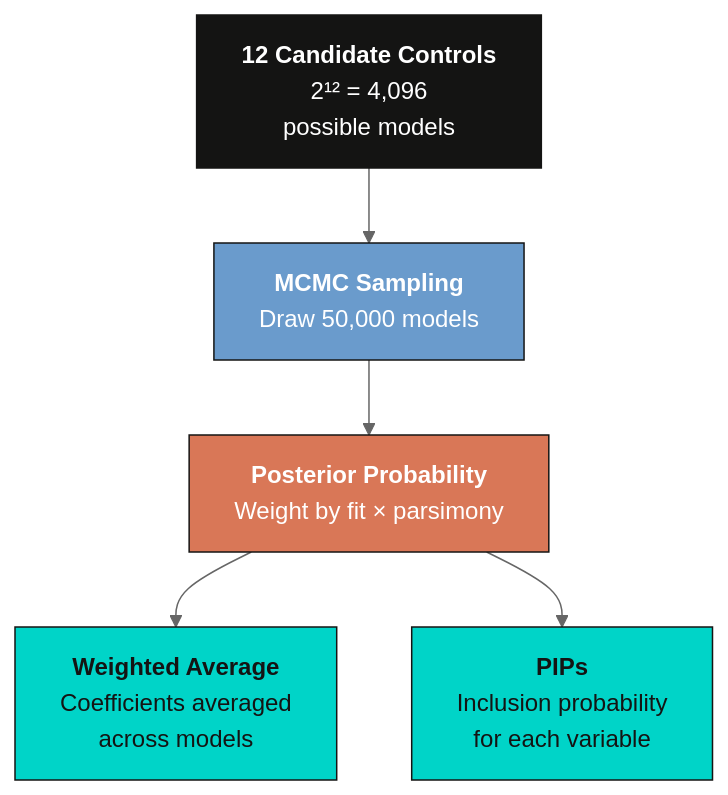
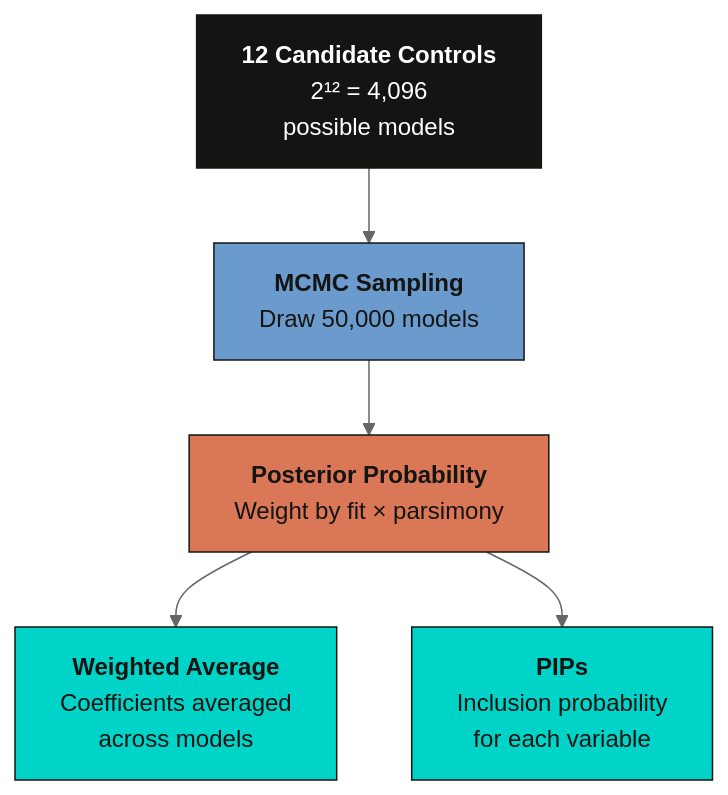
The third of 4 diagrams in content/post/stata_bma_dsl/index.md (cmg777/starter-academic-v501), drawn with Mermaid (neutral theme) before and after one commit. The commit also changed other lines of this file and 67 other files, not shown here.

First line of the commit message:
fix(mermaid): readable diagram text in both themes across the site

````diff
--- a/content/post/stata_bma_dsl/index.md
+++ b/content/post/stata_bma_dsl/index.md
@@ -509,13 +509,13 @@
 ```mermaid
 graph TD
     Start["<b>12 Candidate Controls</b><br/>2¹² = 4,096<br/>possible models"] --> MCMC["<b>MCMC Sampling</b><br/>Draw 50,000 models"]
     MCMC --> Post["<b>Posterior Probability</b><br/>Weight by fit × parsimony"]
     Post --> Avg["<b>Weighted Average</b><br/>Coefficients averaged<br/>across models"]
     Post --> PIP["<b>PIPs</b><br/>Inclusion probability<br/>for each variable"]
 
     style Start fill:#141413,stroke:#141413,color:#fff
-    style MCMC fill:#6a9bcc,stroke:#141413,color:#fff
-    style Post fill:#d97757,stroke:#141413,color:#fff
+    style MCMC fill:#6a9bcc,stroke:#141413,color:#141413
+    style Post fill:#d97757,stroke:#141413,color:#141413
     style Avg fill:#00d4c8,stroke:#141413,color:#141413
     style PIP fill:#00d4c8,stroke:#141413,color:#141413
 ```
````
